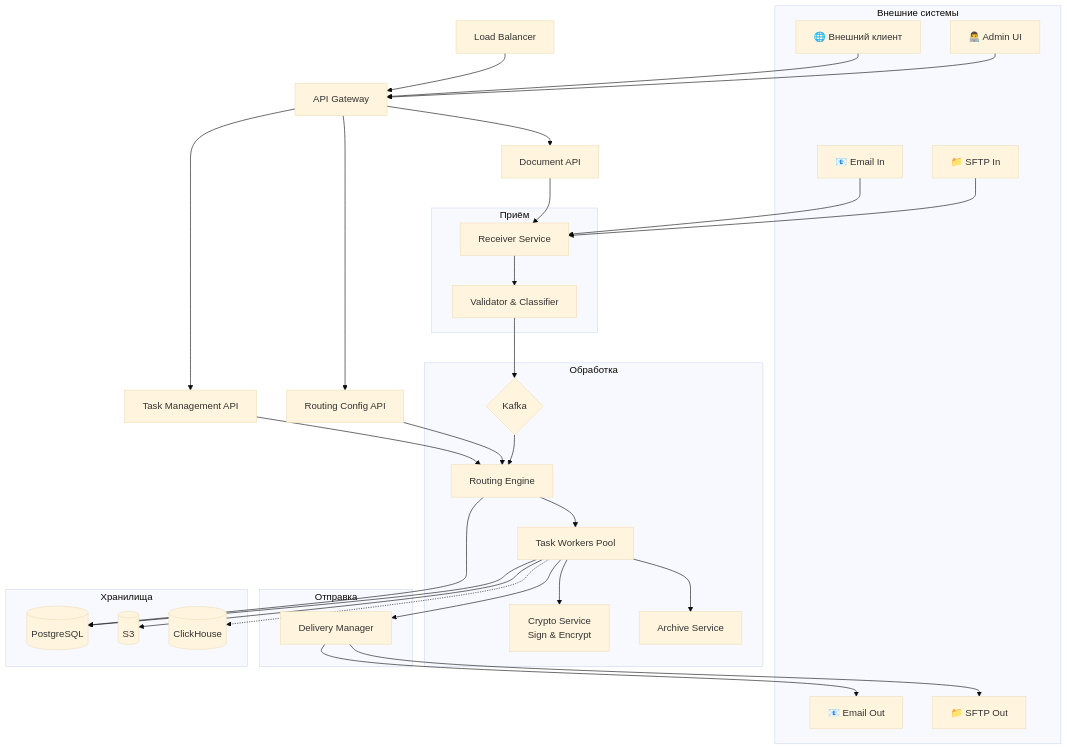
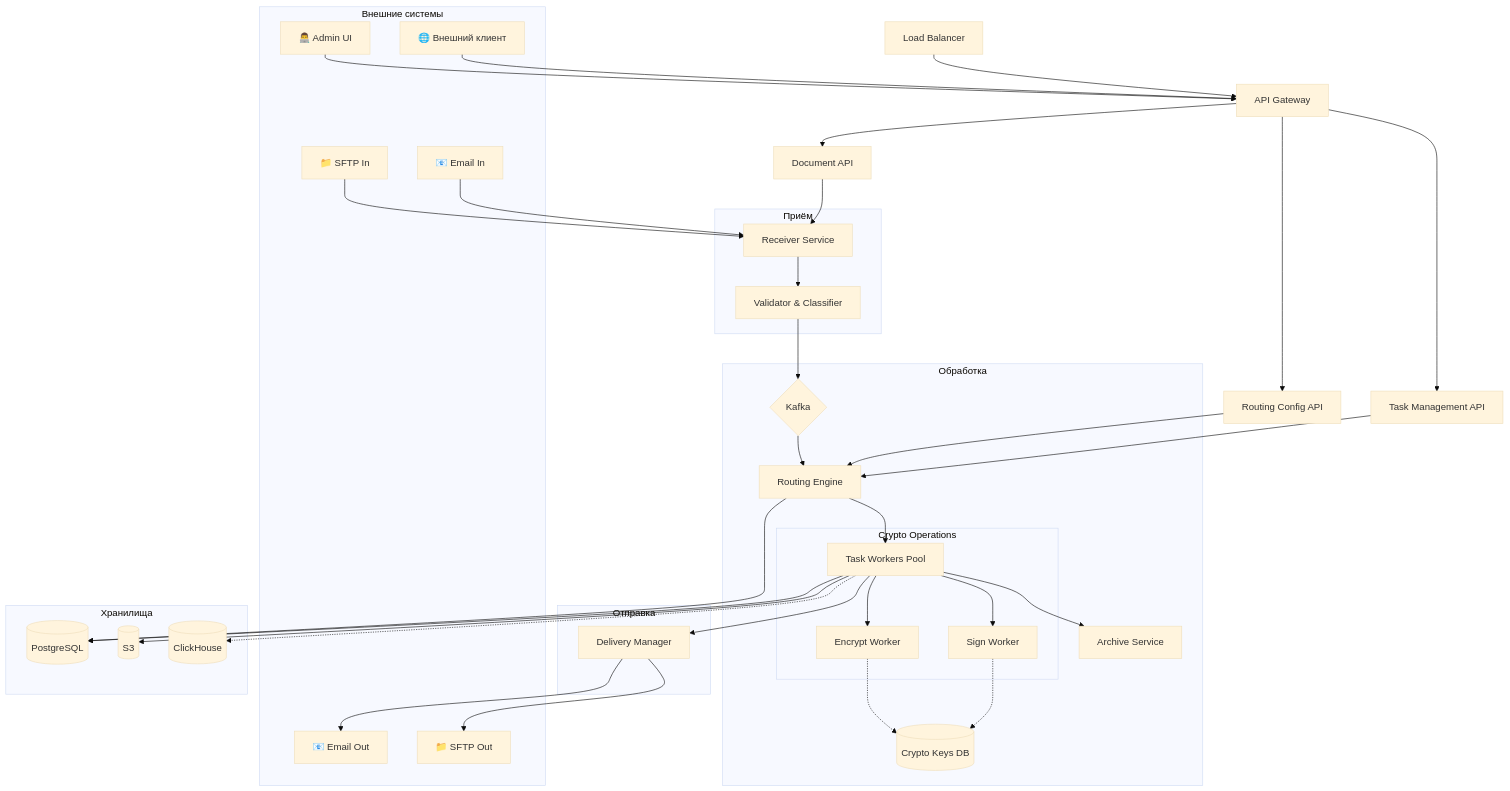
Before and after one commit to AlexanderScheqolev/DS_DDF: the third of 6 diagrams in dev-solution-documents.md, drawn with Mermaid (base theme). The commit also changed other lines of this file, not shown here.

````diff
--- a/dev-solution-documents.md
+++ b/dev-solution-documents.md
@@ -339,55 +342,63 @@
 ```mermaid
 graph TB
     subgraph "Внешние системы"
         EmailIn[📧 Email In]
         SFTPIn[📁 SFTP In]
         EmailOut[📧 Email Out]
         SFTPOut[📁 SFTP Out]
         ClientAPI[🌐 Внешний клиент]
         AdminUI[👨‍💻 Admin UI]
     end
 
     LB[Load Balancer] --> API[API Gateway]
     
     subgraph "Приём"
         EmailIn --> Receiver[Receiver Service]
         SFTPIn --> Receiver
         Receiver --> Validator[Validator & Classifier]
     end
 
     %% API Gateway: явные связи с внутренними компонентами
     ClientAPI --> API
     AdminUI --> API
     API --> DocAPI[Document API]
     API --> TaskAPI[Task Management API]
     API --> ConfigAPI[Routing Config API]
     
     DocAPI --> Receiver
     TaskAPI --> RouteEngine[Routing Engine]
     ConfigAPI --> RouteEngine
 
     Validator --> Kafka{Kafka}
     
     subgraph "Обработка"
-        Kafka --> RouteEngine
+        Kafka --> RouteEngine[Routing Engine]
         RouteEngine --> Workers[Task Workers Pool]
-        Workers --> Crypto[Crypto Service<br/>Sign & Encrypt]
+        
+        subgraph "Crypto Operations"
+            Workers --> SignWorker[Sign Worker]
+            Workers --> EncryptWorker[Encrypt Worker]
+        end
+        
         Workers --> Archive[Archive Service]
+        
+        SignWorker -.-> CryptoDB[(Crypto Keys DB)]
+        EncryptWorker -.-> CryptoDB
     end
 
     subgraph "Отправка"
         Workers --> Delivery[Delivery Manager]
         Delivery --> EmailOut
         Delivery --> SFTPOut
     end
 
     subgraph "Хранилища"
         DB[(PostgreSQL)]
         Storage[(S3)]
         Analytics[(ClickHouse)]
     end
 
     RouteEngine --> DB
     Workers --> DB & Storage
     Workers -.-> Analytics
 ```
````
